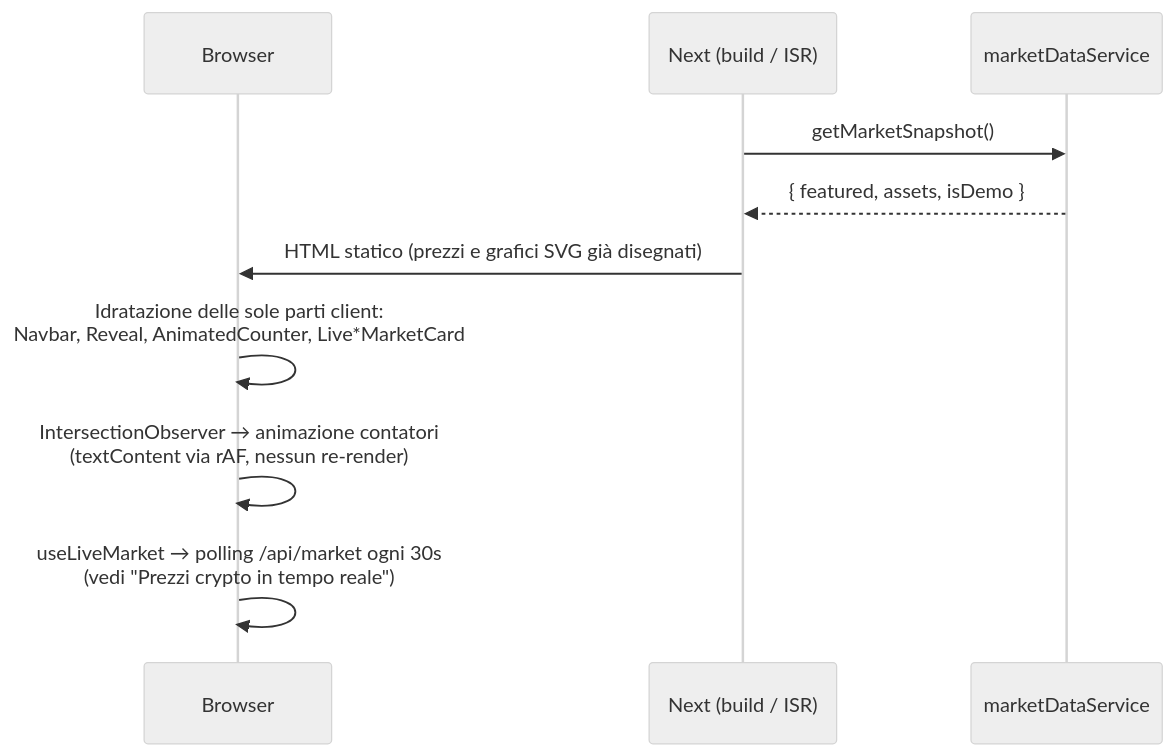
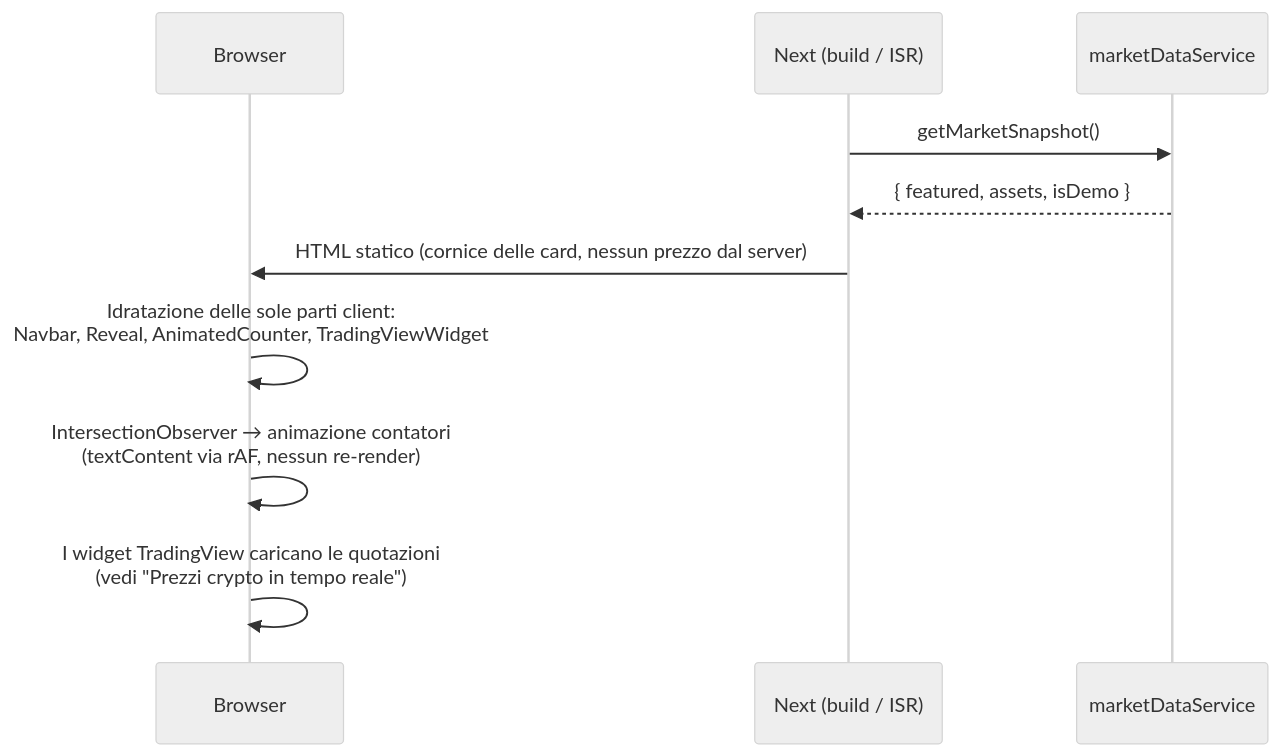
The third of 3 diagrams in README.md (davide963-ux/cr), drawn with Mermaid (neutral theme) before and after one commit. The commit also changed other lines of this file and 11 other files, not shown here.

First line of the commit message:
Serve card prices from TradingView widgets instead of a server API

````diff
--- a/README.md
+++ b/README.md
@@ -106,12 +114,12 @@
 ```mermaid
 sequenceDiagram
     participant B as Browser
     participant N as Next (build / ISR)
     participant S as marketDataService
     N->>S: getMarketSnapshot()
     S-->>N: { featured, assets, isDemo }
-    N->>B: HTML statico (prezzi e grafici SVG già disegnati)
-    B->>B: Idratazione delle sole parti client:<br/>Navbar, Reveal, AnimatedCounter, Live*MarketCard
+    N->>B: HTML statico (cornice delle card, nessun prezzo dal server)
+    B->>B: Idratazione delle sole parti client:<br/>Navbar, Reveal, AnimatedCounter, TradingViewWidget
     B->>B: IntersectionObserver → animazione contatori<br/>(textContent via rAF, nessun re-render)
-    B->>B: useLiveMarket → polling /api/market ogni 30s<br/>(vedi "Prezzi crypto in tempo reale")
+    B->>B: I widget TradingView caricano le quotazioni<br/>(vedi "Prezzi crypto in tempo reale")
 ```
````
